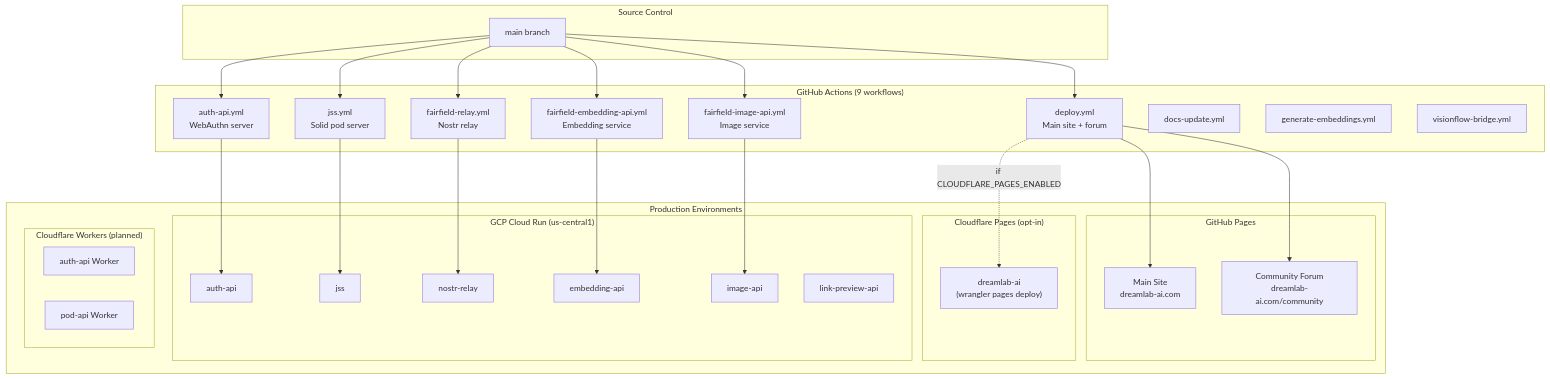
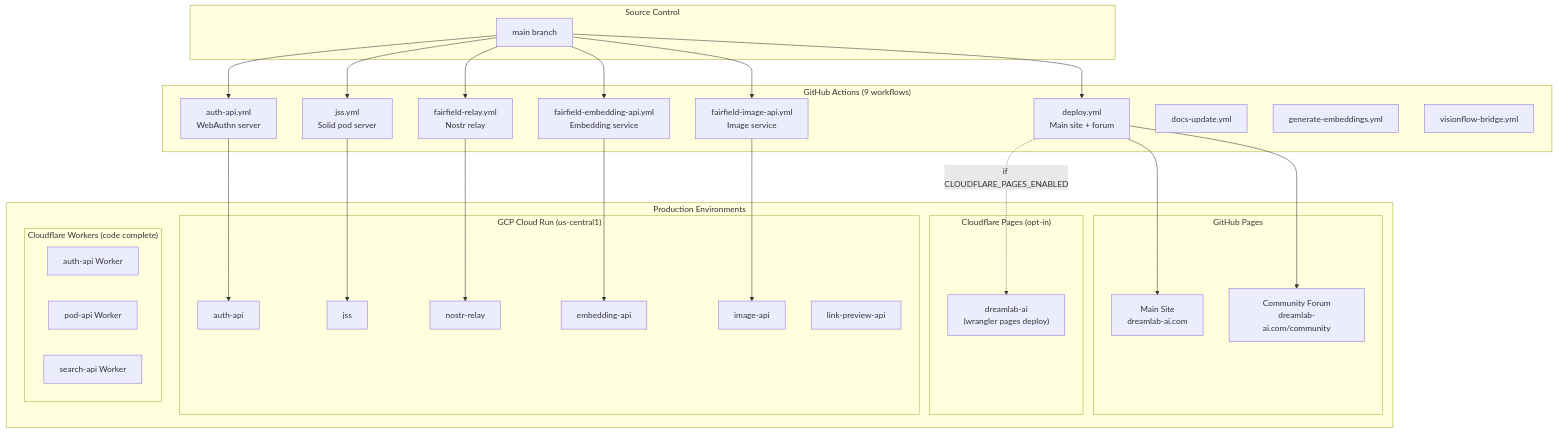
Before and after one commit to DreamLab-AI/dreamlab-ai-website: the first of 5 diagrams in docs/architecture/DEPLOYMENT.md, drawn with Mermaid. The commit also changed other lines of this file and 41 other files, not shown here.

First line of the commit message:
Deploy 3 Cloudflare Workers with security hardening

````diff
--- a/docs/architecture/DEPLOYMENT.md
+++ b/docs/architecture/DEPLOYMENT.md
@@ -15,59 +15,60 @@
 ```mermaid
 graph TB
     subgraph Source["Source Control"]
         Main["main branch"]
     end
 
     subgraph Workflows["GitHub Actions (9 workflows)"]
         Deploy["deploy.yml<br/>Main site + forum"]
         AuthDeploy["auth-api.yml<br/>WebAuthn server"]
         JSSDeploy["jss.yml<br/>Solid pod server"]
         RelayDeploy["fairfield-relay.yml<br/>Nostr relay"]
         EmbedDeploy["fairfield-embedding-api.yml<br/>Embedding service"]
         ImageDeploy["fairfield-image-api.yml<br/>Image service"]
         DocsDeploy["docs-update.yml"]
         EmbedGen["generate-embeddings.yml"]
         Bridge["visionflow-bridge.yml"]
     end
 
     subgraph Production["Production Environments"]
         subgraph GHPages["GitHub Pages"]
             MainSite["Main Site<br/>dreamlab-ai.com"]
             Community["Community Forum<br/>dreamlab-ai.com/community"]
         end
 
         subgraph CFPages["Cloudflare Pages (opt-in)"]
             CFSite["dreamlab-ai<br/>(wrangler pages deploy)"]
         end
 
         subgraph GCP["GCP Cloud Run (us-central1)"]
             AuthSvc["auth-api"]
             JSSSvc["jss"]
             RelaySvc["nostr-relay"]
             EmbedSvc["embedding-api"]
             ImageSvc["image-api"]
             LinkSvc["link-preview-api"]
         end
 
-        subgraph CF["Cloudflare Workers (planned)"]
+        subgraph CF["Cloudflare Workers (code complete)"]
             CFAuth["auth-api Worker"]
             CFPod["pod-api Worker"]
+            CFSearch["search-api Worker"]
         end
     end
 
     Main --> Deploy
     Main --> AuthDeploy
     Main --> JSSDeploy
     Main --> RelayDeploy
     Main --> EmbedDeploy
     Main --> ImageDeploy
 
     Deploy --> MainSite
     Deploy --> Community
     Deploy -.->|if CLOUDFLARE_PAGES_ENABLED| CFSite
     AuthDeploy --> AuthSvc
     JSSDeploy --> JSSSvc
     RelayDeploy --> RelaySvc
     EmbedDeploy --> EmbedSvc
     ImageDeploy --> ImageSvc
 ```
````
